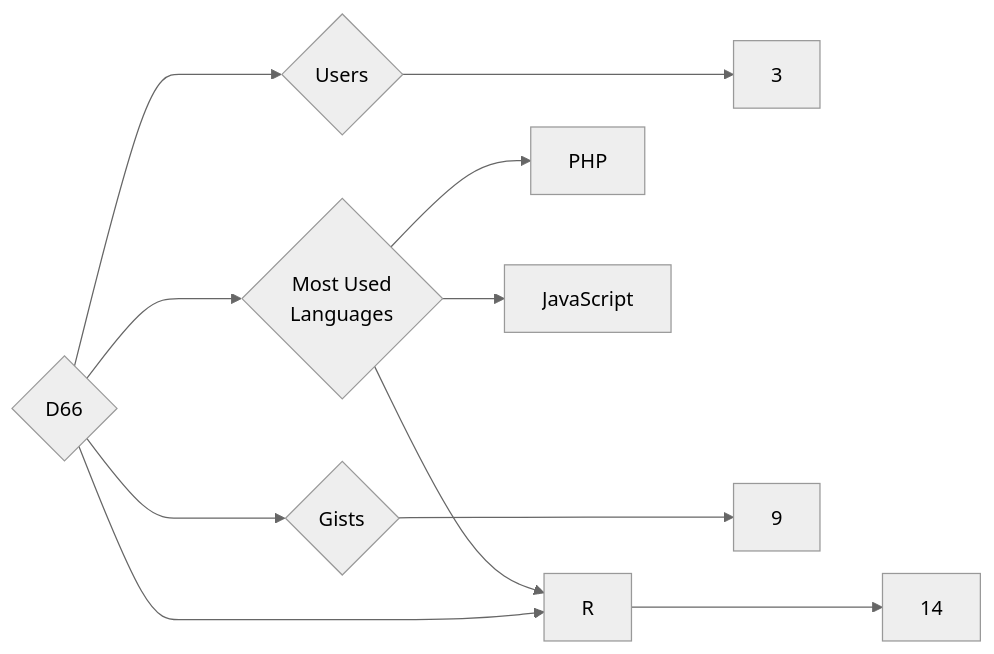
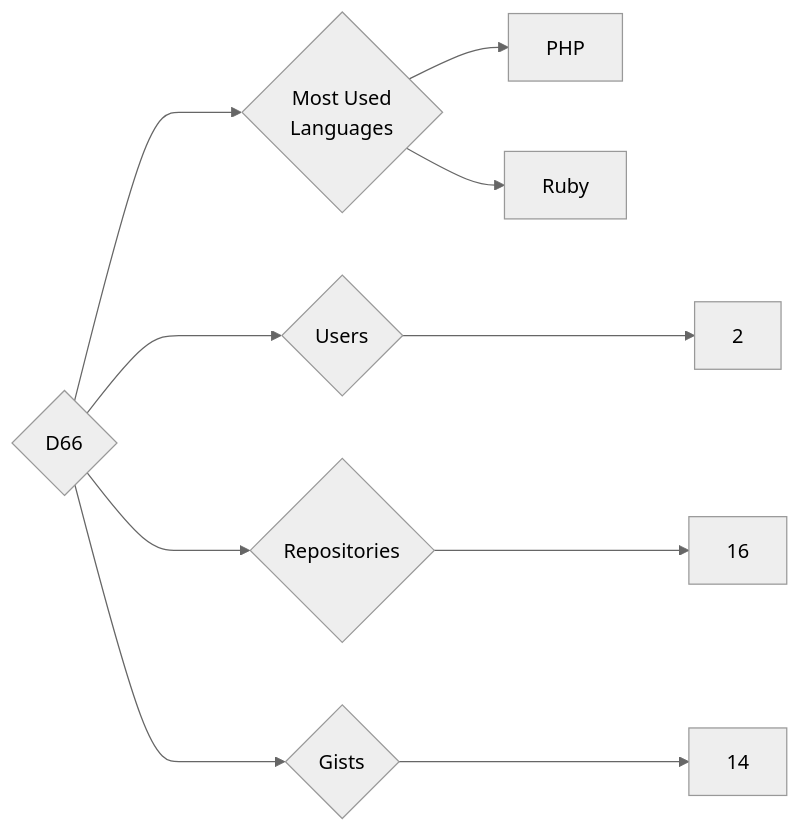
One commit to trickest/insiders changed the diagram in targets/D66/README.md. Above: the diagram before and after it, drawn with Mermaid (neutral theme). The commit also changed 965 other files, not shown here.

````diff
--- a/targets/D66/README.md
+++ b/targets/D66/README.md
@@ -3,11 +3,10 @@
 ```mermaid
 graph LR
 COMPANY_NAME{D66}
-COMPANY_NAME ---> U{Users} ---> UN[3]
-COMPANY_NAME ---> R{Repositories} ---> RN[14]
-COMPANY_NAME ---> G{Gists} ---> GN[9]
+COMPANY_NAME ---> U{Users} ---> UN[2]
+COMPANY_NAME ---> R{Repositories} ---> RN[16]
+COMPANY_NAME ---> G{Gists} ---> GN[14]
 COMPANY_NAME ---> ML{Most Used<br>Languages}
 ML --> PHP[PHP]
-ML --> R[R]
-ML --> JavaScript[JavaScript]
+ML --> Ruby[Ruby]
 ```
````
